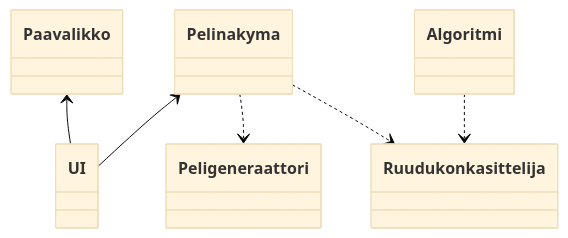
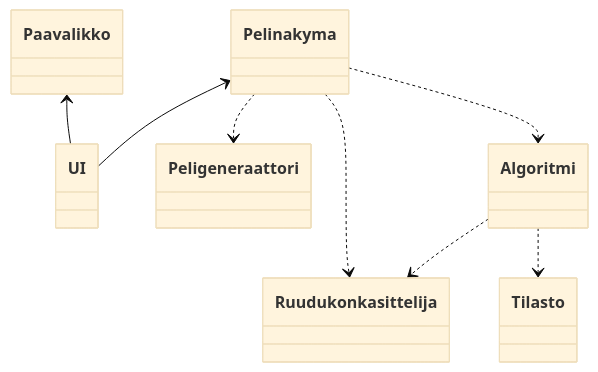
One commit to EliasTHelsinginYliopisto/15PelinRatkaisija changed the diagram in Dokumentaatio/Toteutusdokumentti.md. Above: the diagram before and after it, drawn with Mermaid (base theme). The commit also changed other lines of this file and 5 other files, not shown here.

````diff
--- a/Dokumentaatio/Toteutusdokumentti.md
+++ b/Dokumentaatio/Toteutusdokumentti.md
@@ -4,21 +4,23 @@
 ```mermaid
 classDiagram
     class UI{
     }
     class Paavalikko{
     }
     class Pelinakyma{
     }
     class Peligeneraattori{
     }
     class Ruudukonkasittelija{
     }
     class Algoritmi{
     }
 
     Paavalikko <-- UI
     Pelinakyma <-- UI
     Pelinakyma ..>  Peligeneraattori
     Pelinakyma ..> Ruudukonkasittelija
+    Pelinakyma ..> Algoritmi
     Algoritmi ..> Ruudukonkasittelija
+    Algoritmi ..> Tilasto
 ```
````
